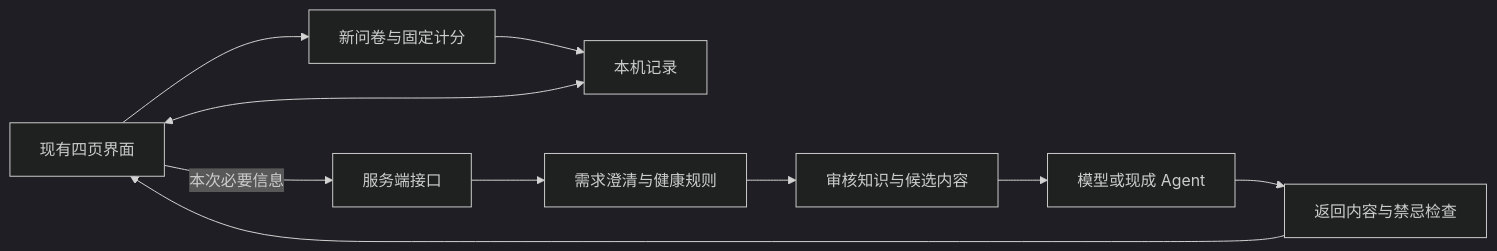
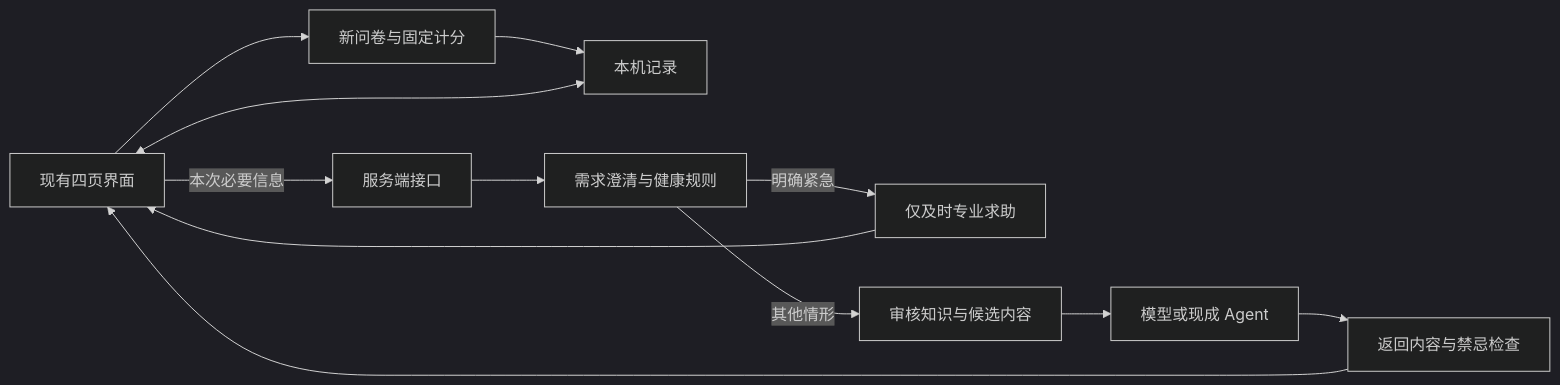
One commit to banyan61028-spec/zhiyang-wellness changed the diagram in docs/03-技术方案.md. Above: the diagram before and after it, drawn with Mermaid (dark theme). The commit also changed other lines of this file and 7 other files, not shown here.

````diff
--- a/docs/03-技术方案.md
+++ b/docs/03-技术方案.md
@@ -41,12 +43,14 @@
 ```mermaid
 flowchart LR
     UI[现有四页界面] --> Q[新问卷与固定计分]
     Q --> DB[本机记录]
     UI <--> DB
     UI -->|本次必要信息| API[服务端接口]
     API --> RULE[需求澄清与健康规则]
-    RULE --> KNOW[审核知识与候选内容]
+    RULE -->|明确紧急| HELP[仅及时专业求助]
+    HELP --> UI
+    RULE -->|其他情形| KNOW[审核知识与候选内容]
     KNOW --> MODEL[模型或现成 Agent]
     MODEL --> CHECK[返回内容与禁忌检查]
     CHECK --> UI
 ```
````
